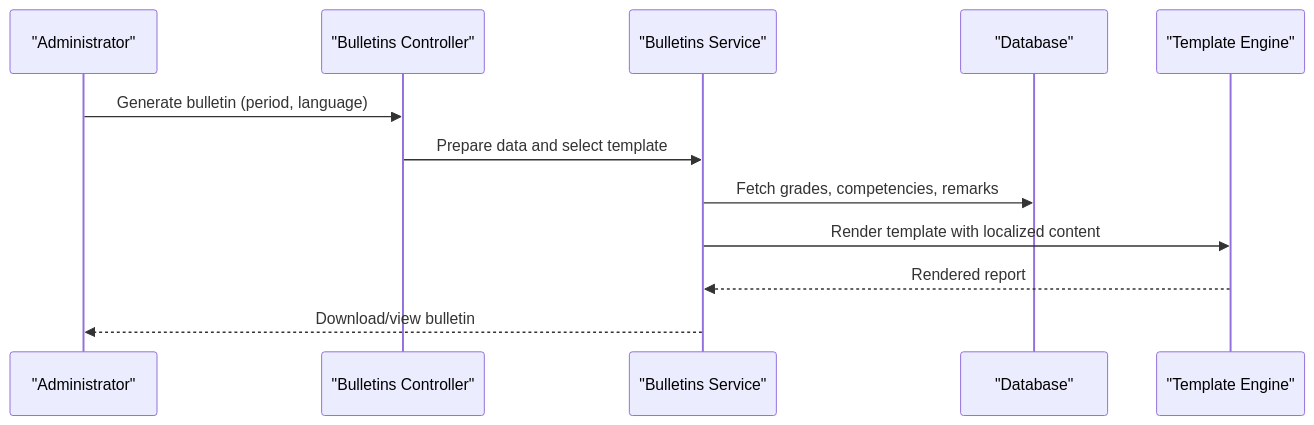
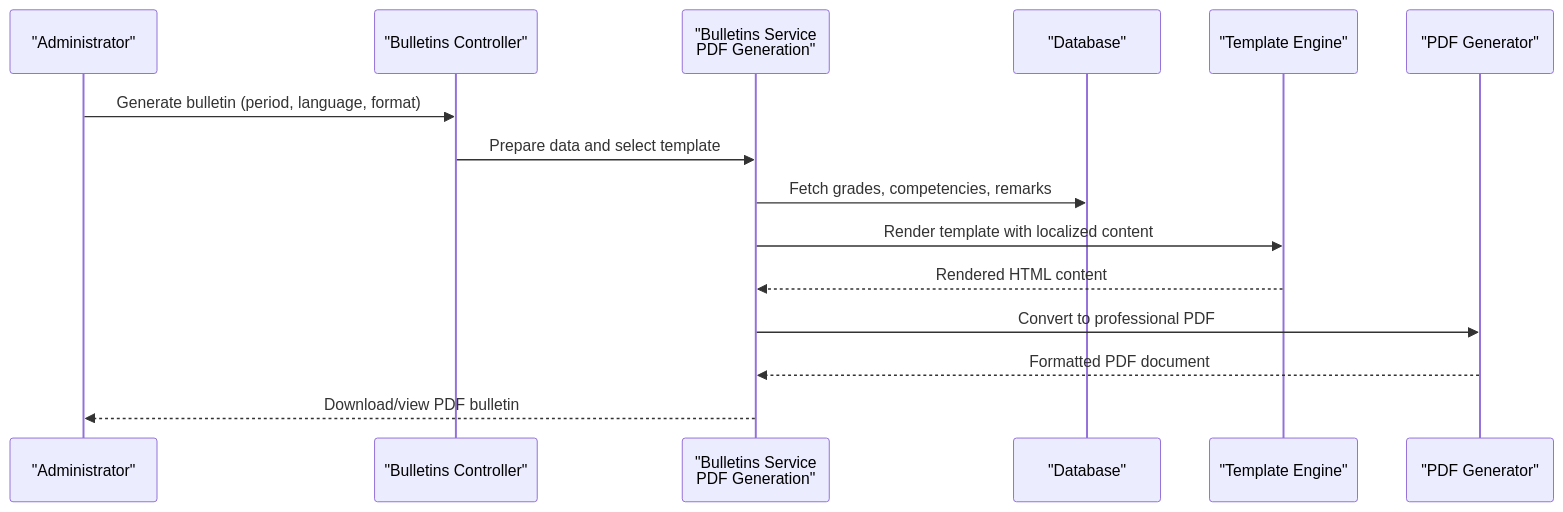
Before and after one commit to franckylab/eLISAschool: the sixth of 8 diagrams in .qoder/repowiki/en/content/Academic Management System/Grade & Evaluation System/Grade & Evaluation System.md, drawn with Mermaid. The commit also changed other lines of this file and 21 other files, not shown here.

````diff
--- a/.qoder/repowiki/en/content/Academic Management System/Grade & Evaluation System/Grade & Evaluation System.md
+++ b/.qoder/repowiki/en/content/Academic Management System/Grade & Evaluation System/Grade & Evaluation System.md
@@ -236,14 +245,17 @@
 ```mermaid
 sequenceDiagram
 participant Admin as "Administrator"
 participant BullCtrl as "Bulletins Controller"
-participant BullSvc as "Bulletins Service"
+participant BullSvc as "Bulletins Service<br/>PDF Generation"
 participant DB as "Database"
 participant Temp as "Template Engine"
-Admin->>BullCtrl : Generate bulletin (period, language)
+participant PDF as "PDF Generator"
+Admin->>BullCtrl : Generate bulletin (period, language, format)
 BullCtrl->>BullSvc : Prepare data and select template
 BullSvc->>DB : Fetch grades, competencies, remarks
 BullSvc->>Temp : Render template with localized content
-Temp-->>BullSvc : Rendered report
-BullSvc-->>Admin : Download/view bulletin
+Temp-->>BullSvc : Rendered HTML content
+BullSvc->>PDF : Convert to professional PDF
+PDF-->>BullSvc : Formatted PDF document
+BullSvc-->>Admin : Download/view PDF bulletin
 ```
````
